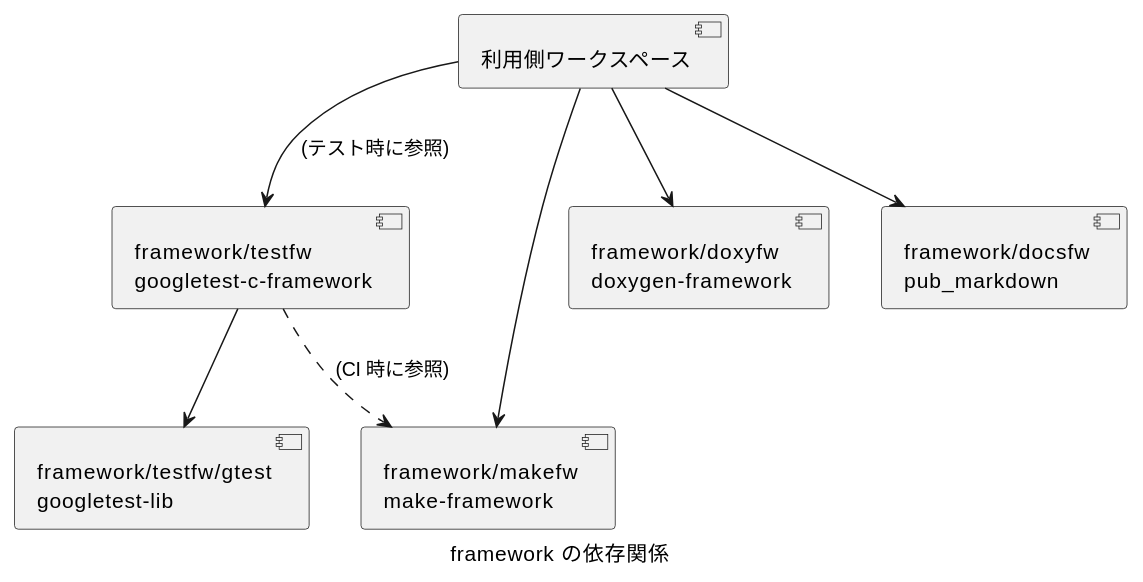
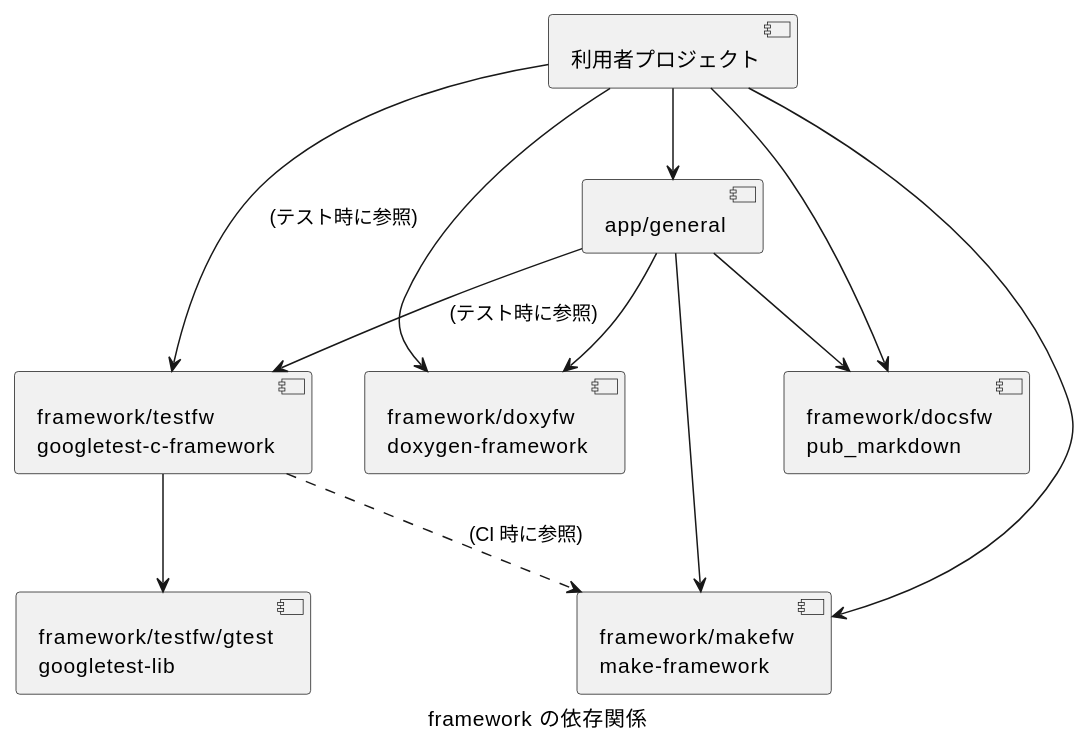
The diagram in README.md (Hondarer/doxygen-sample), drawn with PlantUML before and after one commit. The commit also changed other lines of this file, not shown here.

Commit message:
README更新

````diff
--- a/README.md
+++ b/README.md
@@ -61,19 +63,24 @@
 ```plantuml
 @startuml framework の依存関係
     caption framework の依存関係
     component "framework/testfw/gtest\ngoogletest-lib" as gtest
     component "framework/testfw\ngoogletest-c-framework" as testfw
     component "framework/makefw\nmake-framework" as makefw
     component "framework/doxyfw\ndoxygen-framework" as doxyfw
     component "framework/docsfw\npub_markdown" as docsfw
-    component "利用側ワークスペース" as this
+    component "app/general" as general
+    component "利用者プロジェクト" as this
 
     testfw --> gtest
     testfw ..> makefw : (CI 時に参照)
+    general --> doxyfw
+    general --> docsfw
+    general --> makefw
+    general --> testfw : (テスト時に参照)
     this --> doxyfw
     this --> docsfw
     this --> makefw
     this --> testfw : (テスト時に参照)
-
+    this --> general
 @enduml
 ```
````
